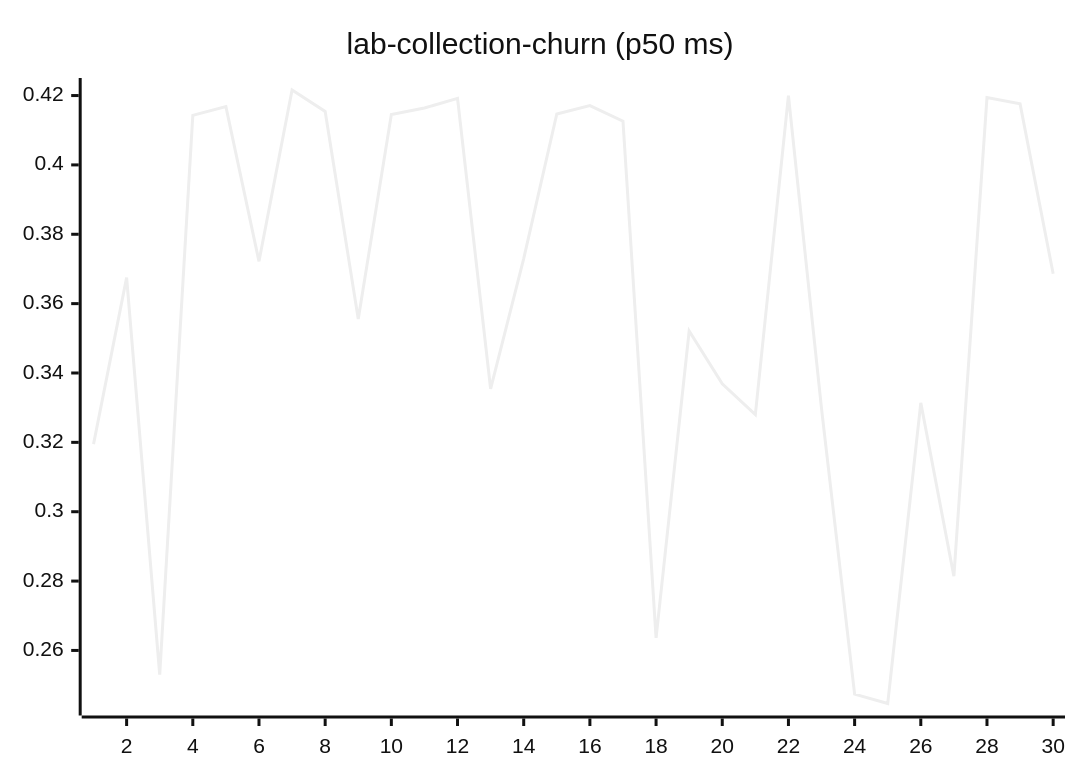
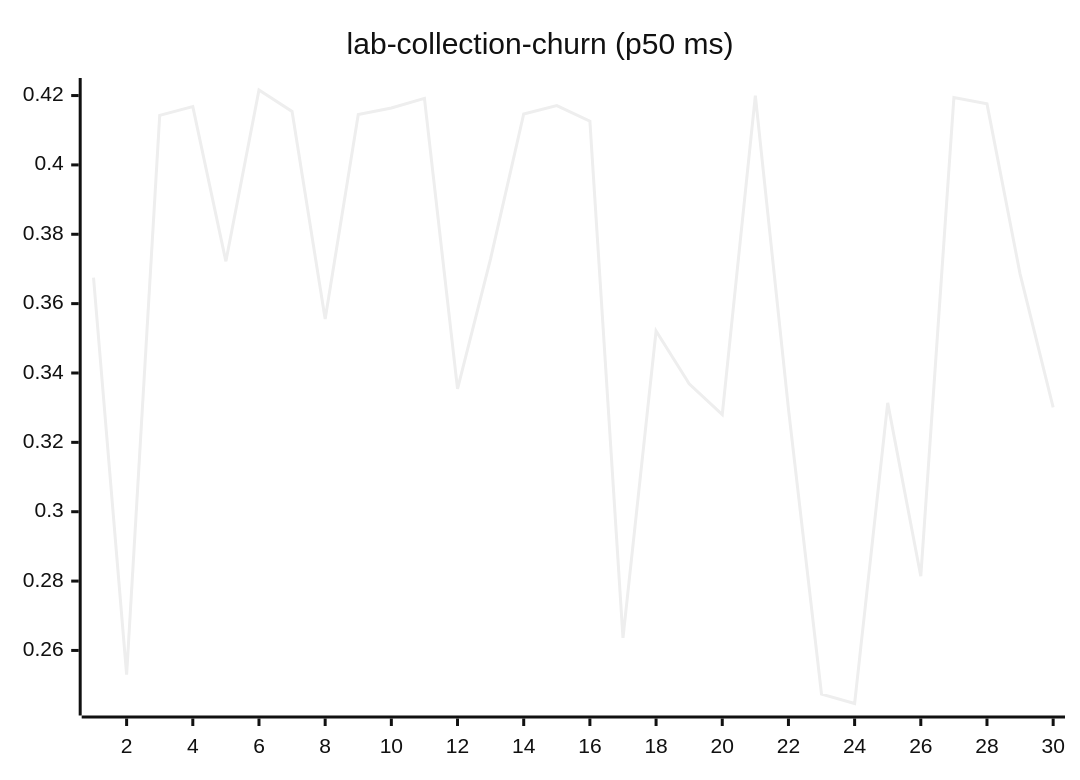
Diagram 11 of 27 in README.md (josha/Facet), drawn with Mermaid (neutral theme) before and after one commit. The commit also changed other lines of this file and 2 other files, not shown here.

````diff
--- a/README.md
+++ b/README.md
@@ -133,6 +133,6 @@
 ```mermaid
 xychart-beta
     title "lab-collection-churn (p50 ms)"
     x-axis 1 --> 30
-    line [0.3195, 0.3675, 0.2530, 0.4143, 0.4168, 0.3722, 0.4216, 0.4154, 0.3556, 0.4145, 0.4164, 0.4192, 0.3354, 0.3730, 0.4147, 0.4171, 0.4126, 0.2636, 0.3521, 0.3369, 0.3280, 0.4200, 0.3297, 0.2474, 0.2447, 0.3314, 0.2814, 0.4194, 0.4176, 0.3686]
+    line [0.3675, 0.2530, 0.4143, 0.4168, 0.3722, 0.4216, 0.4154, 0.3556, 0.4145, 0.4164, 0.4192, 0.3354, 0.3730, 0.4147, 0.4171, 0.4126, 0.2636, 0.3521, 0.3369, 0.3280, 0.4200, 0.3297, 0.2474, 0.2447, 0.3314, 0.2814, 0.4194, 0.4176, 0.3686, 0.3301]
 ```
````
